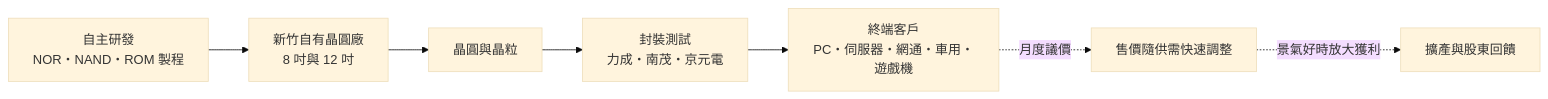
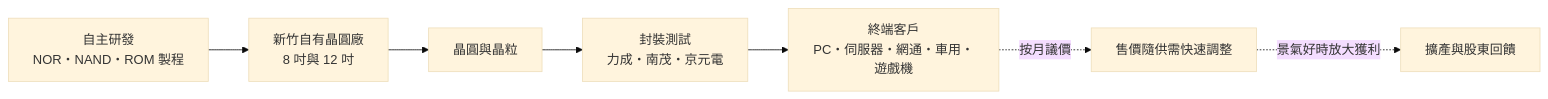
One commit to wangnick1004/taiwan-stock-vault changed the second of 4 diagrams in 個股/台股/2337旺宏.md. Above: the diagram before and after it, drawn with Mermaid (base theme). The commit also changed other lines of this file and 10 other files, not shown here.

````diff
--- a/個股/台股/2337旺宏.md
+++ b/個股/台股/2337旺宏.md
@@ -75,9 +71,9 @@
 ```mermaid
 flowchart LR
-    A[自主研發<br/>NOR・NAND・ROM 製程] --> B[新竹自有晶圓廠<br/>8 吋與 12 吋]
-    B --> C[晶圓與晶粒]
-    C --> D[封裝測試<br/>力成・南茂・京元電]
-    D --> E[終端客戶<br/>PC・伺服器・網通・車用・遊戲機]
-    E -. 月度議價 .-> F[售價隨供需快速調整]
-    F -. 景氣好時放大獲利 .-> G[擴產與股東回饋]
+    A["自主研發<br/>NOR・NAND・ROM 製程"] --> B["新竹自有晶圓廠<br/>8 吋與 12 吋"]
+    B --> C["晶圓與晶粒"]
+    C --> D["封裝測試<br/>力成・南茂・京元電"]
+    D --> E["終端客戶<br/>PC・伺服器・網通・車用・遊戲機"]
+    E -. 按月議價 .-> F["售價隨供需快速調整"]
+    F -. 景氣好時放大獲利 .-> G["擴產與股東回饋"]
 ```
````
